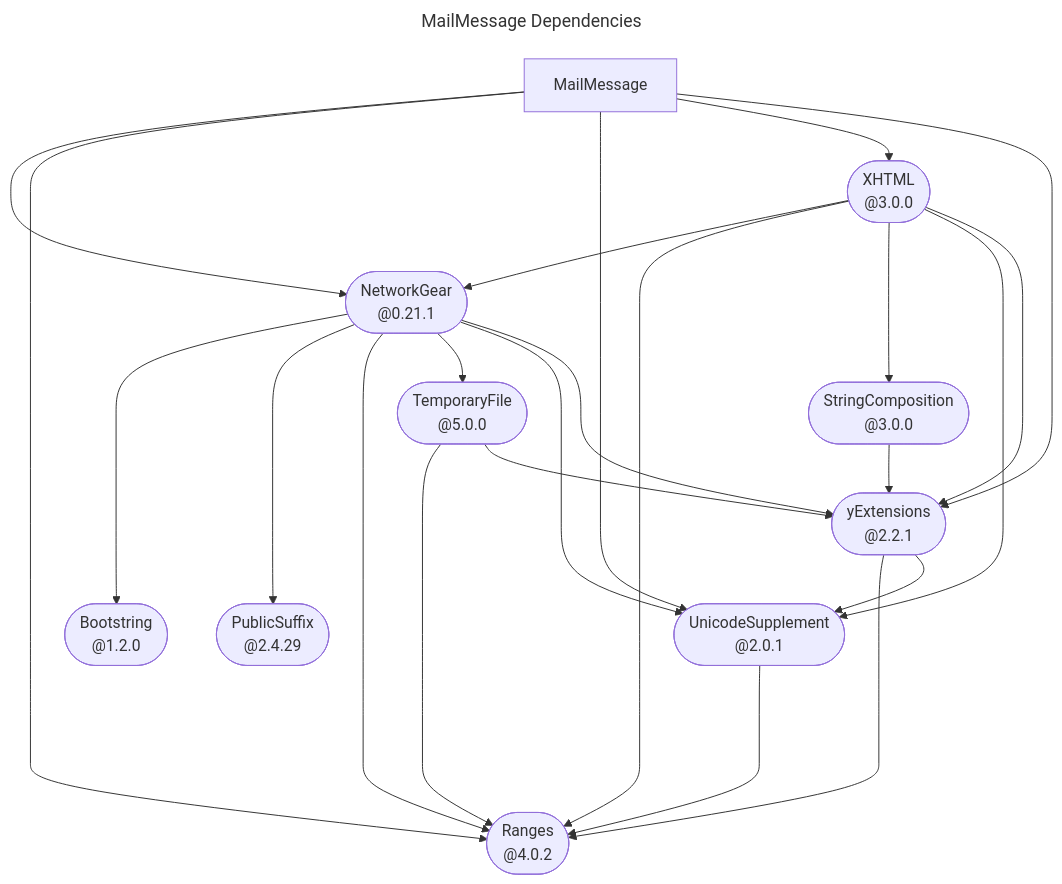
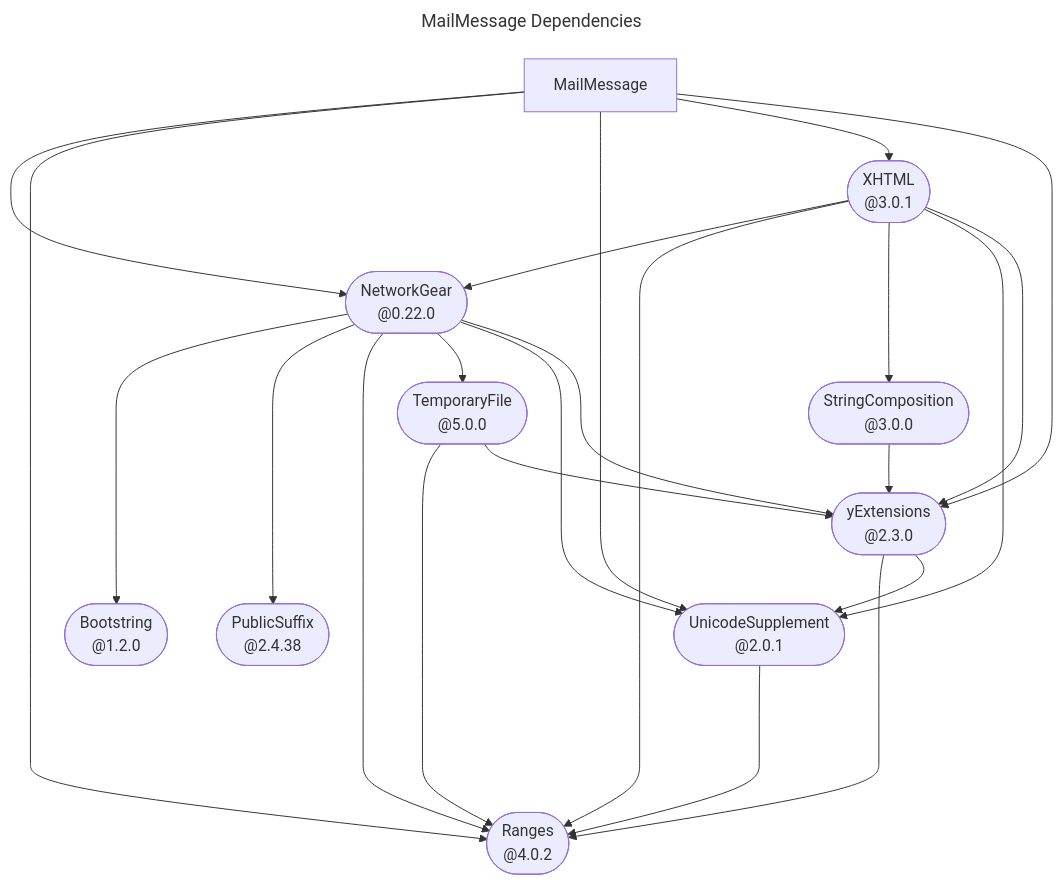
One commit to YOCKOW/SwiftMailMessage changed the diagram in README.md. Above: the diagram before and after it, drawn with Mermaid.

Commit message:
Update "./README.md".
This commit is done by the workflow in [SwiftPackageHelperTools](https://GitHub.com/YOCKOW/SwiftPackageHelperTools.git).
- UUID: 12294173-b449-4e2a-be4f-3a7e9da07e91
- Date: 2026-09-28 05:29:38+0000

````diff
--- a/README.md
+++ b/README.md
@@ -14,51 +14,51 @@
 ```mermaid
 ---
 title: MailMessage Dependencies
 ---
 flowchart TD
   swiftbootstring(["Bootstring<br>@1.2.0"])
   swiftmailmessage["MailMessage"]
-  swiftnetworkgear(["NetworkGear<br>@0.21.1"])
-  swiftpublicsuffix(["PublicSuffix<br>@2.4.29"])
+  swiftnetworkgear(["NetworkGear<br>@0.22.0"])
+  swiftpublicsuffix(["PublicSuffix<br>@2.4.38"])
   swiftranges(["Ranges<br>@4.0.2"])
   swiftstringcomposition(["StringComposition<br>@3.0.0"])
   swifttemporaryfile(["TemporaryFile<br>@5.0.0"])
   swiftunicodesupplement(["UnicodeSupplement<br>@2.0.1"])
-  swiftxhtml(["XHTML<br>@3.0.0"])
-  yswiftextensions(["yExtensions<br>@2.2.1"])
+  swiftxhtml(["XHTML<br>@3.0.1"])
+  yswiftextensions(["yExtensions<br>@2.3.0"])
 
   click swiftbootstring href "https://github.com/YOCKOW/SwiftBootstring.git"
   click swiftnetworkgear href "https://github.com/YOCKOW/SwiftNetworkGear.git"
   click swiftpublicsuffix href "https://github.com/YOCKOW/SwiftPublicSuffix.git"
   click swiftranges href "https://github.com/YOCKOW/SwiftRanges.git"
   click swiftstringcomposition href "https://github.com/YOCKOW/SwiftStringComposition.git"
   click swifttemporaryfile href "https://github.com/YOCKOW/SwiftTemporaryFile.git"
   click swiftunicodesupplement href "https://github.com/YOCKOW/SwiftUnicodeSupplement.git"
   click swiftxhtml href "https://github.com/YOCKOW/SwiftXHTML.git"
   click yswiftextensions href "https://github.com/YOCKOW/ySwiftExtensions.git"
 
   swiftmailmessage --> swiftnetworkgear
   swiftmailmessage ----> swiftranges
   swiftmailmessage --> swiftunicodesupplement
   swiftmailmessage --> swiftxhtml
   swiftmailmessage --> yswiftextensions
   swiftnetworkgear ----> swiftbootstring
   swiftnetworkgear ----> swiftpublicsuffix
   swiftnetworkgear ----> swiftranges
   swiftnetworkgear --> swifttemporaryfile
   swiftnetworkgear --> swiftunicodesupplement
   swiftnetworkgear --> yswiftextensions
   swiftstringcomposition --> yswiftextensions
   swifttemporaryfile ----> swiftranges
   swifttemporaryfile --> yswiftextensions
   swiftunicodesupplement ----> swiftranges
   swiftxhtml --> swiftnetworkgear
   swiftxhtml ----> swiftranges
   swiftxhtml --> swiftstringcomposition
   swiftxhtml --> swiftunicodesupplement
   swiftxhtml --> yswiftextensions
   yswiftextensions ----> swiftranges
   yswiftextensions --> swiftunicodesupplement
 
 
 ```
````
